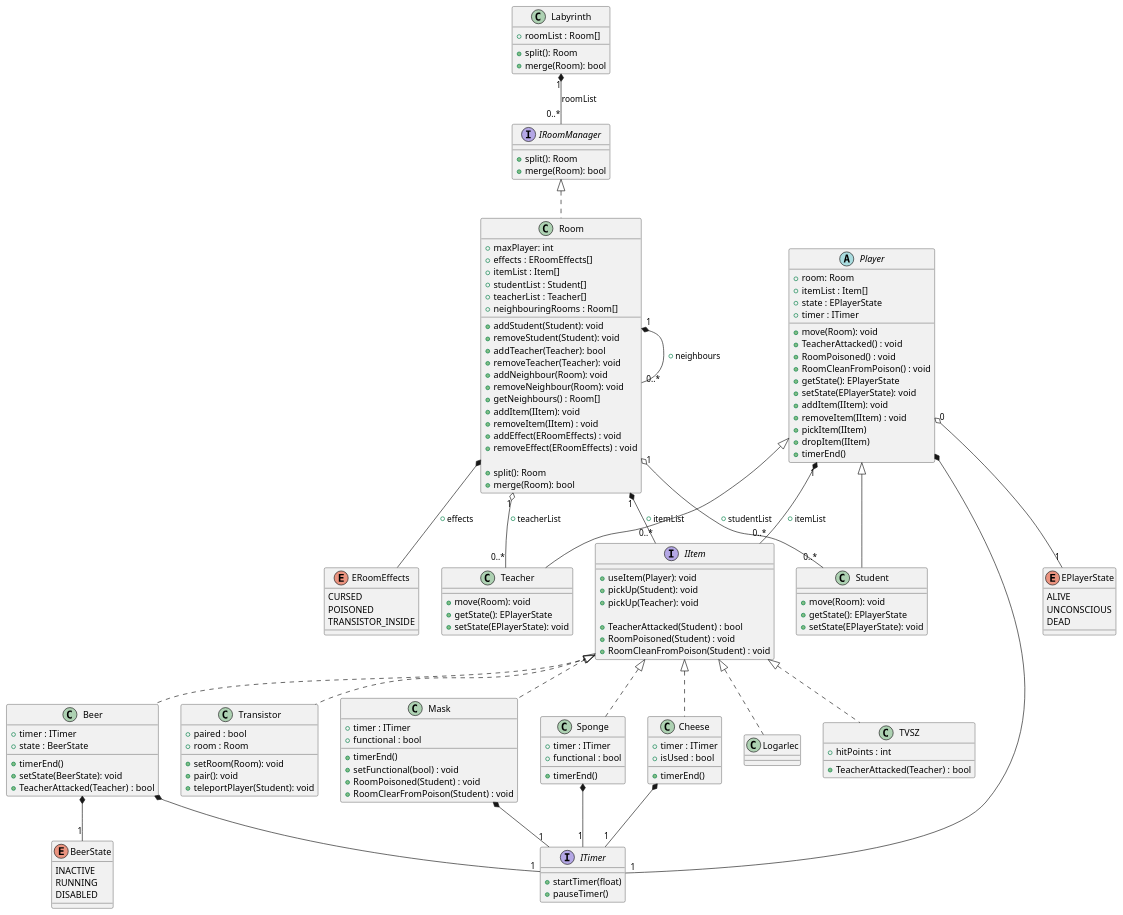
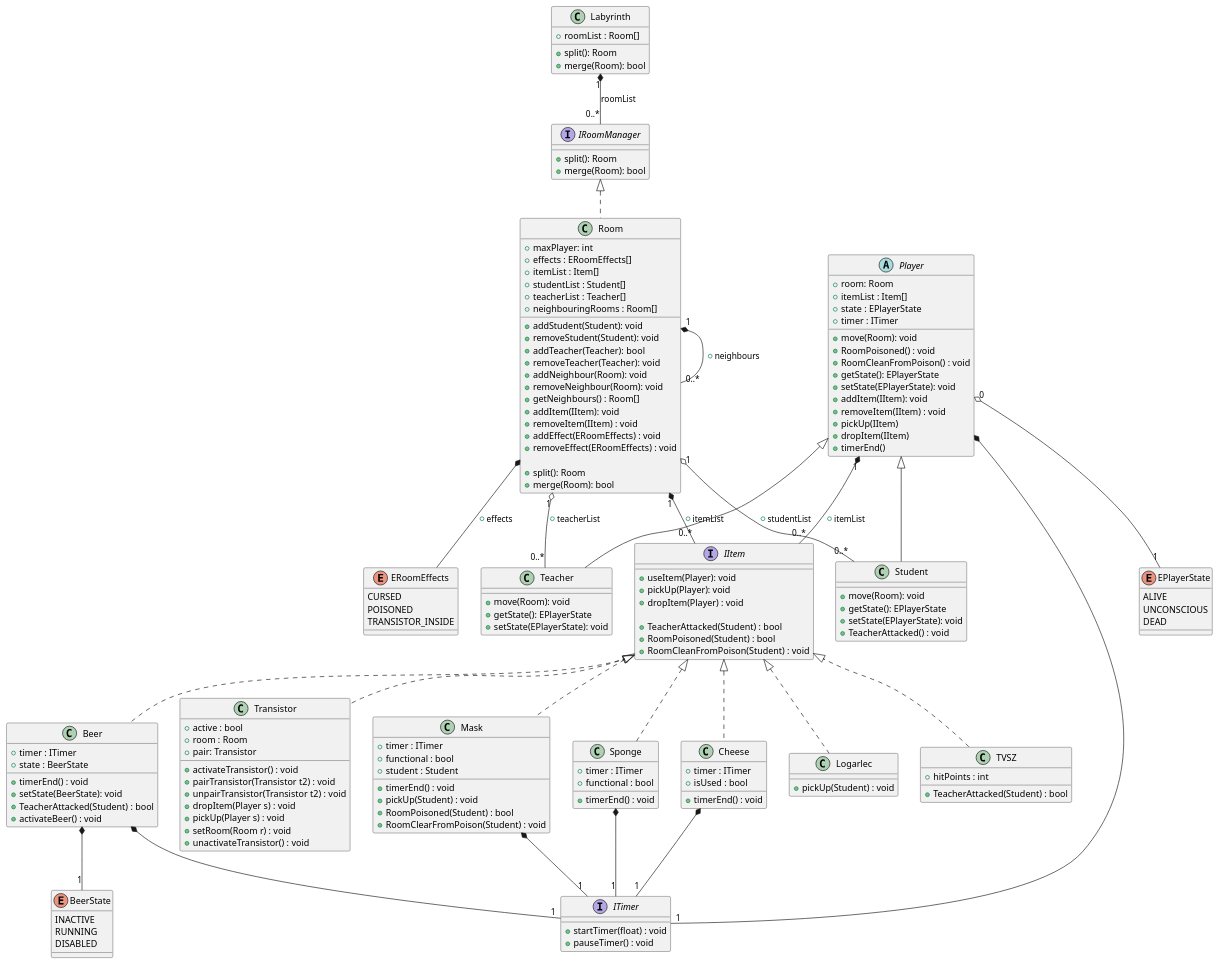
One commit to MBakter/echo changed the diagram in Class_UML.plantuml. Above: the diagram before and after it, drawn with PlantUML. The commit also changed 6 other files, not shown here.

```diff
--- a/Class_UML.plantuml
+++ b/Class_UML.plantuml
@@ -1,182 +1,190 @@
 @startuml UML
 
 class Labyrinth {
     +roomList : Room[]
 
     + split(): Room
     + merge(Room): bool
 }
 
 Labyrinth "1" *-- "0..*" IRoomManager: roomList
 
 interface IRoomManager {
     + split(): Room
     + merge(Room): bool
 }
 
 /' Removed implementing IItemHolder '/
 class Room implements IRoomManager {
     + maxPlayer: int
     + effects : ERoomEffects[]
     + itemList : Item[]
     + studentList : Student[]
     + teacherList : Teacher[]
     + neighbouringRooms : Room[]
 
     + addStudent(Student): void
     + removeStudent(Student): void
     + addTeacher(Teacher): bool
     + removeTeacher(Teacher): void
     + addNeighbour(Room): void
     + removeNeighbour(Room): void
     + getNeighbours() : Room[]
     + addItem(IItem): void
     + removeItem(IItem) : void
     + addEffect(ERoomEffects) : void
     + removeEffect(ERoomEffects) : void
 
     + split(): Room
     + merge(Room): bool
 }
 
 Room "1" o-- "0..*" Student: + studentList
 Room "1" o-- "0..*" Teacher: + teacherList
 Room "1" *-- "0..*" Room: + neighbours
 Room "1" *-- "0..*" IItem: + itemList
 Room *-- ERoomEffects: + effects
 
 
 enum EPlayerState {
     ALIVE
     UNCONSCIOUS
     DEAD
 }
 
 /' Removed implementing IItemHolder '/
 abstract class Player {
     + room: Room
     + itemList : Item[]
     + state : EPlayerState
     + timer : ITimer
 
     + move(Room): void
-    + TeacherAttacked() : void
     + RoomPoisoned() : void
     + RoomCleanFromPoison() : void
     + getState(): EPlayerState
     + setState(EPlayerState): void
     + addItem(IItem): void
     + removeItem(IItem) : void
-    + pickItem(IItem)
+    + pickUp(IItem)
     + dropItem(IItem)
     + timerEnd()
 }
 
 Player "0" o-- "1" EPlayerState
 Player "1" *-- "0..*" IItem: + itemList
 Player *-- "1" ITimer
 
 interface IItem {
     + useItem(Player): void
-    + pickUp(Student): void
-    + pickUp(Teacher): void
+    + pickUp(Player): void
+    + dropItem(Player) : void
 
     + TeacherAttacked(Student) : bool
-    + RoomPoisoned(Student) : void
+    + RoomPoisoned(Student) : bool
     + RoomCleanFromPoison(Student) : void
 }
 
 class Teacher extends Player{
     + move(Room): void
     + getState(): EPlayerState
     + setState(EPlayerState): void
 }
 
 class Student extends Player{
     + move(Room): void
     + getState(): EPlayerState
     + setState(EPlayerState): void
+    + TeacherAttacked() : void
 }
 
 /' interface IItemHolder {
     + addItemy(Item: Item): void
     + removeItem(Item: Item): void
 } '/
 
 enum ERoomEffects {
     CURSED
     POISONED
     TRANSISTOR_INSIDE
 }
 
 interface ITimer {
-    + startTimer(float)
-    + pauseTimer()
+    + startTimer(float) : void
+    + pauseTimer() : void
 }
 
 class TVSZ implements IItem {
     + hitPoints : int
 
-    + TeacherAttacked(Teacher) : bool
+    + TeacherAttacked(Student) : bool
 }
 
 class Transistor implements IItem  {
-    + paired : bool
+    + active : bool
     + room : Room
+    + pair: Transistor
 
-    + setRoom(Room): void
-    + pair(): void
-    + teleportPlayer(Student): void
+    + activateTransistor() : void
+    + pairTransistor(Transistor t2) : void
+    + unpairTransistor(Transistor t2) : void
+    + dropItem(Player s) : void
+    + pickUp(Player s) : void
+    + setRoom(Room r) : void
+    + unactivateTransistor() : void
 }
 
 enum BeerState {
     INACTIVE
     RUNNING
     DISABLED
 }
 
 class Beer implements IItem {
     + timer : ITimer
     + state : BeerState
     
-    + timerEnd()
+    + timerEnd() : void
     + setState(BeerState): void
-    + TeacherAttacked(Teacher) : bool
+    + TeacherAttacked(Student) : bool
+    + activateBeer() : void
 }
 Beer *-- "1" ITimer
 Beer *-- "1" BeerState
 
 class Mask implements IItem  {
     + timer : ITimer
     + functional : bool
+    + student : Student
 
-    + timerEnd()
-    + setFunctional(bool) : void
-    + RoomPoisoned(Student) : void
+    + timerEnd() : void
+    + pickUp(Student) : void
+    + RoomPoisoned(Student) : bool
     + RoomClearFromPoison(Student) : void
 
 }
 Mask *-- "1" ITimer
 
 class Sponge  implements IItem {
     + timer : ITimer
     + functional : bool
 
-    + timerEnd()
+    + timerEnd() : void
 }
 Sponge *-- "1" ITimer
 
 class Cheese  implements IItem {
     + timer : ITimer
     + isUsed : bool
 
-    + timerEnd()
+    + timerEnd() : void
 }
 Cheese *-- "1" ITimer
 
 class Logarlec  implements IItem  {
+    + pickUp(Student) : void
 }
 
 
 
 @enduml
```
